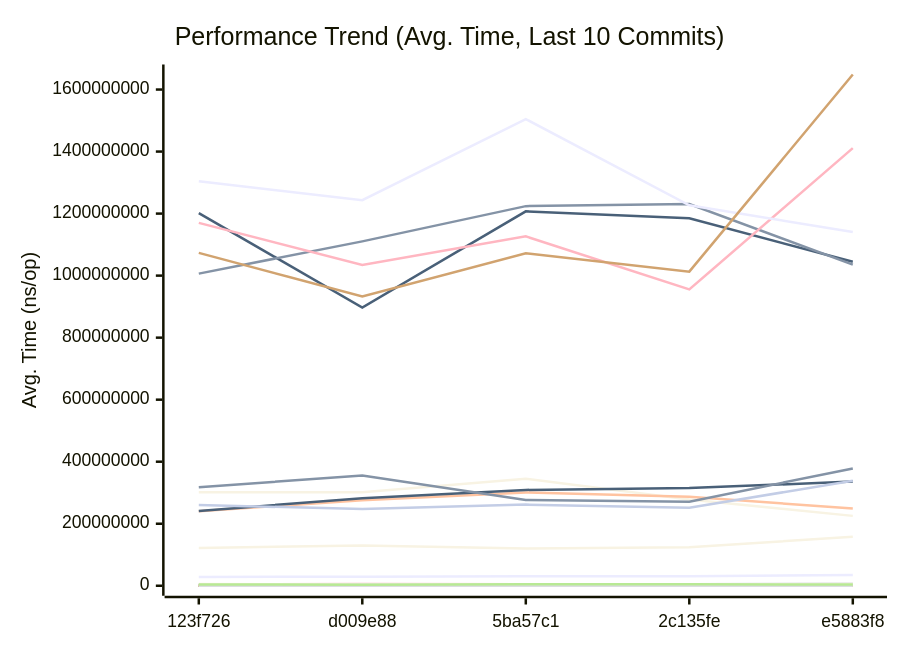
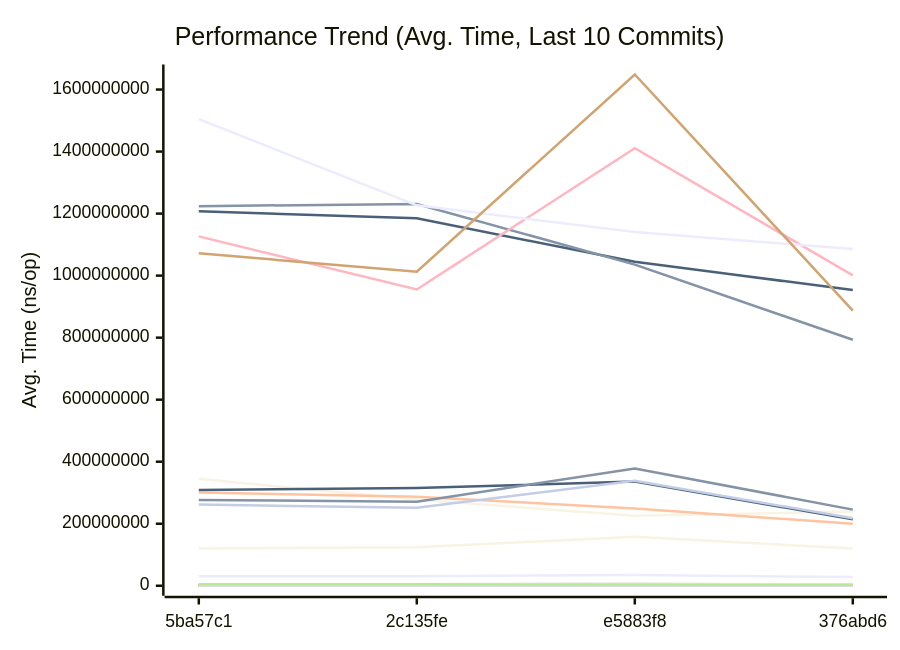
The first of 3 diagrams in docs/PERFORMANCE.md (alsotoes/momo), drawn with Mermaid before and after one commit. The commit also changed other lines of this file and 1 other file, not shown here.

````diff
--- a/docs/PERFORMANCE.md
+++ b/docs/PERFORMANCE.md
@@ -260,44 +260,44 @@
 ```mermaid
 xychart-beta
     title "Performance Trend (Avg. Time, Last 10 Commits)"
     x-axis "Commit"
     y-axis "Avg. Time (ns/op)"
-    x-axis [123f726,d009e88,5ba57c1,2c135fe,e5883f8]
-    line "AWSChunkedReaderSigned" [554800,615254,528737,564386,758672,413086,397685,535625,618041,521824]
-    line "AWSChunkedReaderUnsigned" [581740,507516,587797,593238,672192,414070,405982,479460,573661,451522]
-    line "CheckMetricsAndSwap" [12,11,10,13,15,8,7,10,10,17]
-    line "CrushOptimized" [363,426,455,372,348,300,328,320,458,539]
-    line "CrushOriginal" [647,700,629,670,500,425,443,407,633,730]
-    line "FormatListObjectsV2XML_AppendFormat" [898486,862695,851540,926975,915187,583023,566690,627648,848928,1046717]
-    line "FormatListObjectsV2XML_OldFormat" [503389,497195,517753,571332,678624,365879,366636,408457,535755,745142]
-    line "HashBytes/1MiB" [3618889,5475294,4458201,5002278,3553145,3949669,3443981,3592333,5110585,4751175]
-    line "HashBytes/256MiB" [1201286487,897333718,1207294588,1184745180,1044551719,953557308,880098861,925707610,1174333367,1221858506]
-    line "HashBytes/64MiB" [301162837,301221390,345018440,277796866,225326458,239330627,209418782,242948441,297766074,317593619]
-    line "HashFile/1MiB" [4760647,3647035,4734519,4310666,4389479,3364281,3842035,3350950,4950193,5129547]
-    line "HashFile/256MiB" [1006415705,1110450496,1224080744,1231037862,1035601414,793044431,881918242,1015211606,1319192441,1310601572]
-    line "HashFile/64MiB" [240359009,275852870,300686574,287252666,248823362,200009250,249484580,207167851,333549904,329592825]
-    line "IndexDirectTracking" [0,0,1,1,1,0,0,0,1,1]
-    line "IndexSearch" [2,2,2,2,3,2,2,2,2,5]
-    line "LastModifiedHeader_AppendFormat" [291,280,241,335,327,200,185,228,286,252]
-    line "LastModifiedHeader_Format" [345,360,407,375,540,279,262,285,385,350]
-    line "LoadGlobalConfig" [12190,11396,14415,13002,10458,9205,9952,8921,13356,14511]
-    line "LocalWrite/1MiB" [524282,489792,546231,429345,817681,719361,445767,431598,526423,795470]
-    line "LocalWrite/256MiB" [122106179,129421555,120328176,124110973,158044809,120298309,94142106,100079806,126435842,151118283]
-    line "LocalWrite/64MiB" [28590856,29289820,30438473,30969681,34833751,27951923,24072639,25874779,32839259,53059327]
-    line "PadString" [66,60,55,62,58,41,57,53,71,49]
+    x-axis [5ba57c1,2c135fe,e5883f8,376abd6]
+    line "AWSChunkedReaderSigned" [528737,564386,758672,413086,397685,535625,618041,521824,584439,539275]
+    line "AWSChunkedReaderUnsigned" [587797,593238,672192,414070,405982,479460,573661,451522,611665,550355]
+    line "CheckMetricsAndSwap" [10,13,15,8,7,10,10,17,10,11]
+    line "CrushOptimized" [455,372,348,300,328,320,458,539,432,471]
+    line "CrushOriginal" [629,670,500,425,443,407,633,730,712,650]
+    line "FormatListObjectsV2XML_AppendFormat" [851540,926975,915187,583023,566690,627648,848928,1046717,799795,1039816]
+    line "FormatListObjectsV2XML_OldFormat" [517753,571332,678624,365879,366636,408457,535755,745142,464905,458449]
+    line "HashBytes/1MiB" [4458201,5002278,3553145,3949669,3443981,3592333,5110585,4751175,5064237,4383380]
+    line "HashBytes/256MiB" [1207294588,1184745180,1044551719,953557308,880098861,925707610,1174333367,1221858506,1419279092,1145420213]
+    line "HashBytes/64MiB" [345018440,277796866,225326458,239330627,209418782,242948441,297766074,317593619,355000134,315394868]
+    line "HashFile/1MiB" [4734519,4310666,4389479,3364281,3842035,3350950,4950193,5129547,5747827,5999828]
+    line "HashFile/256MiB" [1224080744,1231037862,1035601414,793044431,881918242,1015211606,1319192441,1310601572,1273023822,1457159370]
+    line "HashFile/64MiB" [300686574,287252666,248823362,200009250,249484580,207167851,333549904,329592825,282613785,330397537]
+    line "IndexDirectTracking" [1,1,1,0,0,0,1,1,0,0]
+    line "IndexSearch" [2,2,3,2,2,2,2,5,4,3]
+    line "LastModifiedHeader_AppendFormat" [241,335,327,200,185,228,286,252,340,415]
+    line "LastModifiedHeader_Format" [407,375,540,279,262,285,385,350,398,514]
+    line "LoadGlobalConfig" [14415,13002,10458,9205,9952,8921,13356,14511,16366,13776]
+    line "LocalWrite/1MiB" [546231,429345,817681,719361,445767,431598,526423,795470,552166,778898]
+    line "LocalWrite/256MiB" [120328176,124110973,158044809,120298309,94142106,100079806,126435842,151118283,121284509,138380852]
+    line "LocalWrite/64MiB" [30438473,30969681,34833751,27951923,24072639,25874779,32839259,53059327,32531111,36029215]
+    line "PadString" [55,62,58,41,57,53,71,49,70,69]
     line "ParseReplicationOrder_NoPrealloc" [350,349,357,354,345,225,229,165,232,234]
     line "ParseReplicationOrder_Prealloc" [229,231,237,234,229,108,107,80,110,109]
-    line "Placement" [6141,6119,7125,6310,5825,4876,5168,4621,6718,8505]
-    line "PlacementDomainSpread" [6176,5740,6962,6385,6405,5139,5453,5023,6553,8563]
-    line "ReadVerify/1MiB" [3383659,5081549,5082713,4903321,6081724,3136229,3798416,3596845,4460850,5088522]
-    line "ReadVerify/256MiB" [1170100253,1034709963,1126615995,955370931,1411104961,1000738329,803259188,883417974,1244837167,1337973310]
-    line "ReadVerify/64MiB" [240879749,282446554,308997294,315121783,335838061,214326196,232435503,273582930,405518693,335223998]
-    line "S3PutSpool/1MiB" [5587762,4022819,5065293,4750326,6562486,3791252,4349655,4494504,5795780,6486611]
-    line "S3PutSpool/256MiB" [1304442018,1243287804,1504779272,1226604254,1140637754,1085496919,1054828608,1041459785,1474423367,1414994967]
-    line "S3PutSpool/64MiB" [317372640,355710496,276642924,271159852,378241377,245496530,292024160,277039985,384356699,395378107]
-    line "SanitizeLog/Safe" [277,263,246,286,286,227,233,295,361,256]
-    line "SanitizeLog/Unsafe" [1021,917,915,1036,1495,681,684,922,1091,801]
-    line "TrustedRead/1MiB" [3708543,3570428,4694929,4495398,3669866,3527534,3390683,4063744,6459603,5688219]
-    line "TrustedRead/256MiB" [1073394044,932638111,1071768789,1012880474,1648511504,887056660,864337055,941546678,1440831398,1532603475]
-    line "TrustedRead/64MiB" [260468873,247394092,261716002,251602823,338500502,217741152,228835469,245169178,333995810,418960245]
+    line "Placement" [7125,6310,5825,4876,5168,4621,6718,8505,7344,6922]
+    line "PlacementDomainSpread" [6962,6385,6405,5139,5453,5023,6553,8563,7236,7465]
+    line "ReadVerify/1MiB" [5082713,4903321,6081724,3136229,3798416,3596845,4460850,5088522,3970325,4753309]
+    line "ReadVerify/256MiB" [1126615995,955370931,1411104961,1000738329,803259188,883417974,1244837167,1337973310,1152182050,1249327431]
+    line "ReadVerify/64MiB" [308997294,315121783,335838061,214326196,232435503,273582930,405518693,335223998,288365836,309264832]
+    line "S3PutSpool/1MiB" [5065293,4750326,6562486,3791252,4349655,4494504,5795780,6486611,5066289,6659391]
+    line "S3PutSpool/256MiB" [1504779272,1226604254,1140637754,1085496919,1054828608,1041459785,1474423367,1414994967,1327631659,1627622695]
+    line "S3PutSpool/64MiB" [276642924,271159852,378241377,245496530,292024160,277039985,384356699,395378107,282251478,366146558]
+    line "SanitizeLog/Safe" [246,286,286,227,233,295,361,256,386,270]
+    line "SanitizeLog/Unsafe" [915,1036,1495,681,684,922,1091,801,1163,1016]
+    line "TrustedRead/1MiB" [4694929,4495398,3669866,3527534,3390683,4063744,6459603,5688219,4848751,4607932]
+    line "TrustedRead/256MiB" [1071768789,1012880474,1648511504,887056660,864337055,941546678,1440831398,1532603475,1223453299,1410403058]
+    line "TrustedRead/64MiB" [261716002,251602823,338500502,217741152,228835469,245169178,333995810,418960245,336501521,296487000]
 ```
````
